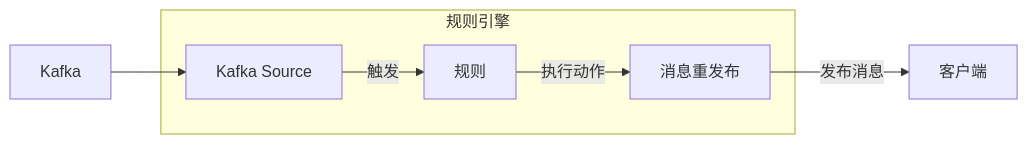
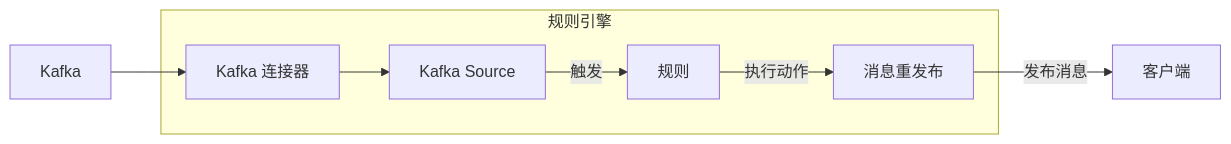
The second of 2 diagrams in zh_CN/data-integration/data-bridges.md (emqx/emqx-docs), drawn with Mermaid before and after one commit. The commit also changed other lines of this file and 9 other files, not shown here.

````diff
--- a/zh_CN/data-integration/data-bridges.md
+++ b/zh_CN/data-integration/data-bridges.md
@@ -45,10 +51,11 @@
 ```mermaid
 graph LR
-  A[Kafka] --> B[Kafka Source]
+  A[Kafka] --> B[Kafka 连接器]
   subgraph 规则引擎
-    B -->  |触发| C[规则]
-    C -->  |执行动作| C1[消息重发布]
+    B --> C[Kafka Source]
+    C -->  |触发| D[规则]
+    D -->  |执行动作| D1[消息重发布]
   end
 
-C1 -->|发布消息| D[客户端]
+D1 -->|发布消息| E[客户端]
 ```
````
